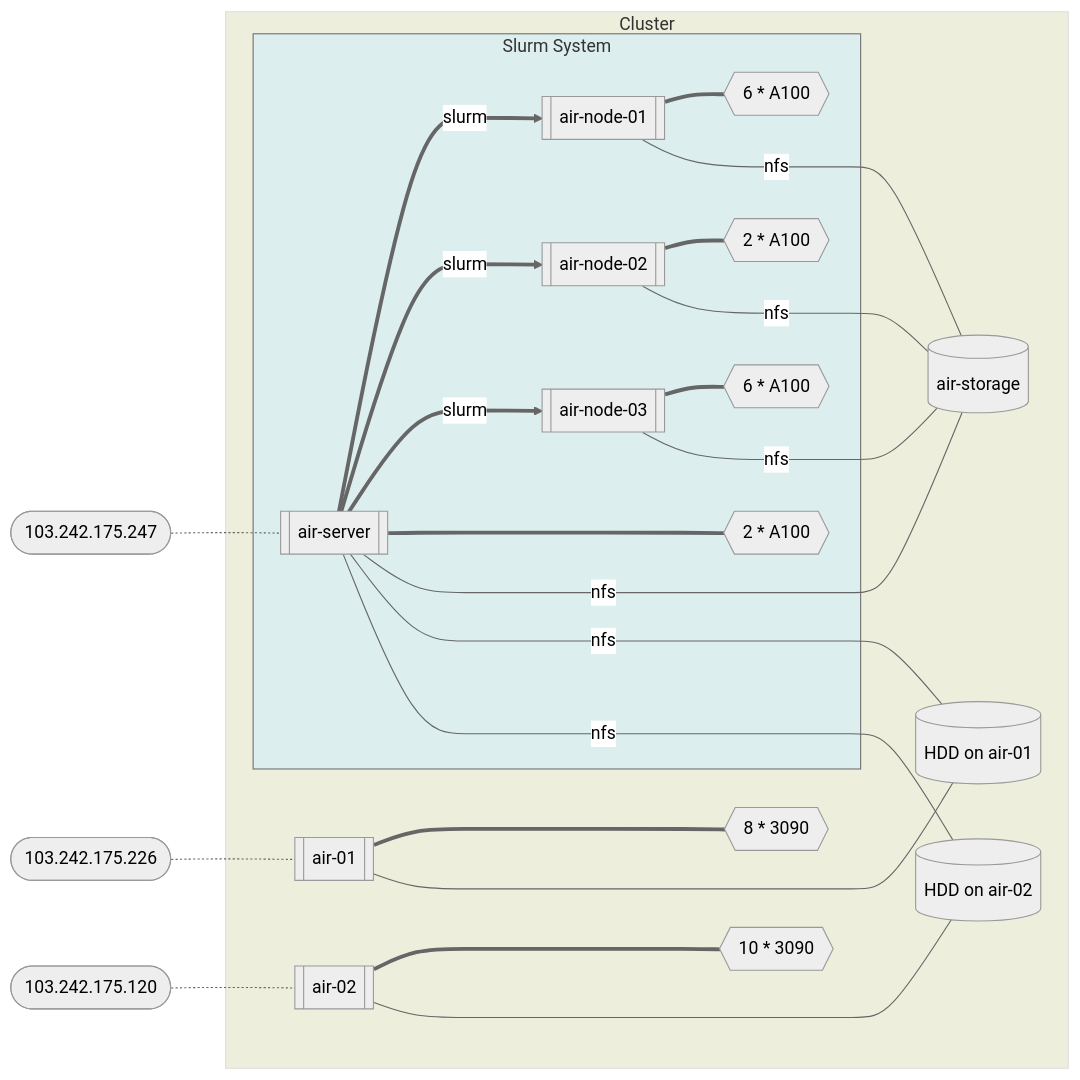
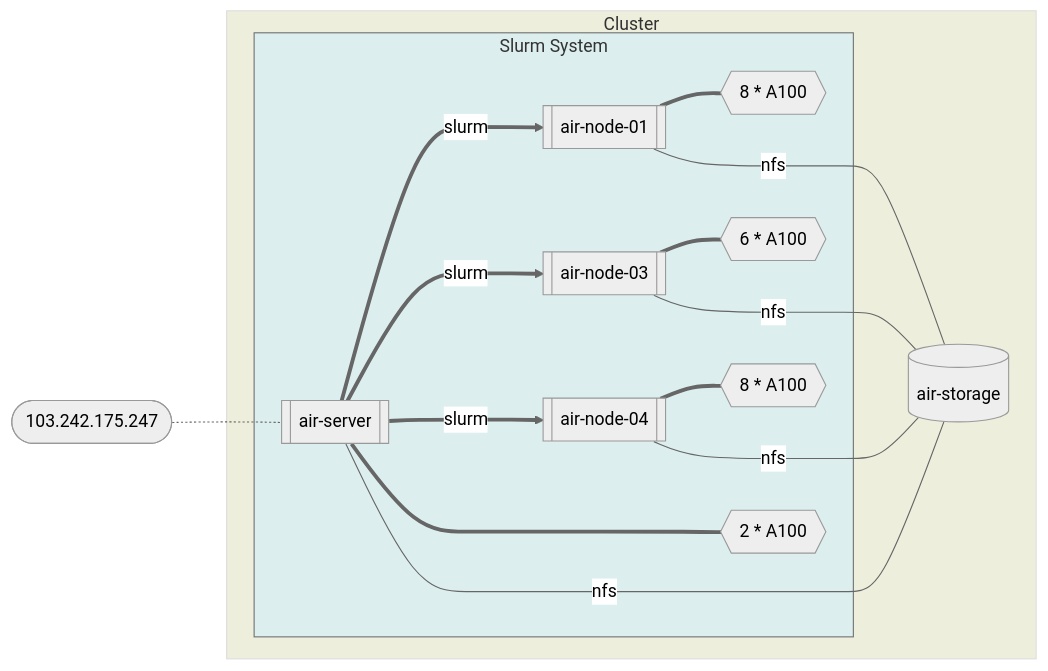
Before and after one commit to Co1lin/AIR-Server-Doc: the diagram in docs/backup.md, drawn with Mermaid (neutral theme). The commit also changed other lines of this file and 2 other files, not shown here.

Commit message:
update cluster structure pic

````diff
--- a/docs/backup.md
+++ b/docs/backup.md
@@ -1,50 +1,35 @@
 ```mermaid
 graph LR;
 classDef className fill:#f9f,stroke:#333,stroke-width:4px;
 	subgraph sA[Cluster];
         A[[air-server]];
         B[[air-node-01]];
-        C[[air-node-02]];
-        D[[air-node-03]];
+        C[[air-node-03]];
+        D[[air-node-04]];
         E[(air-storage)];
         G{{2 * A100}};
-        H{{6 * A100}};
-        I{{2 * A100}};
-        J{{6 * A100}};
+        H{{8 * A100}};
+        I{{6 * A100}};
+        J{{8 * A100}};
 
         subgraph sB[Slurm System]
             A===>|slurm|B;
             A==>|slurm|C;
             A==>|slurm|D;
             A=====G;
             B===H;
             C===I;
             D===J;
         end
         A----|nfs|E;
         B----|nfs|E;
         C----|nfs|E;
         D----|nfs|E;
-        K2[[air-01]];
-        K3[[air-02]];
-        K4{{8 * 3090}};
-        K5{{10 * 3090}};
-        K6[(HDD on air-01)];
-        K7[(HDD on air-02)];
-        K2=====K4;
-        K2------K6;
 
-        K3=====K5;
-        K3------K7;
-        A------|nfs|K6;
-        A------|nfs|K7;
     end
     F([103.242.175.247]);
-    K0([103.242.175.226]);
-    K1([103.242.175.120]);
-    K1-.-K3;
-    K0-.-K2;
+
     F-.-A;
     style sA fill:#EED,stroke:#DDD;
     style sB fill:#DEE;
 ```
````
